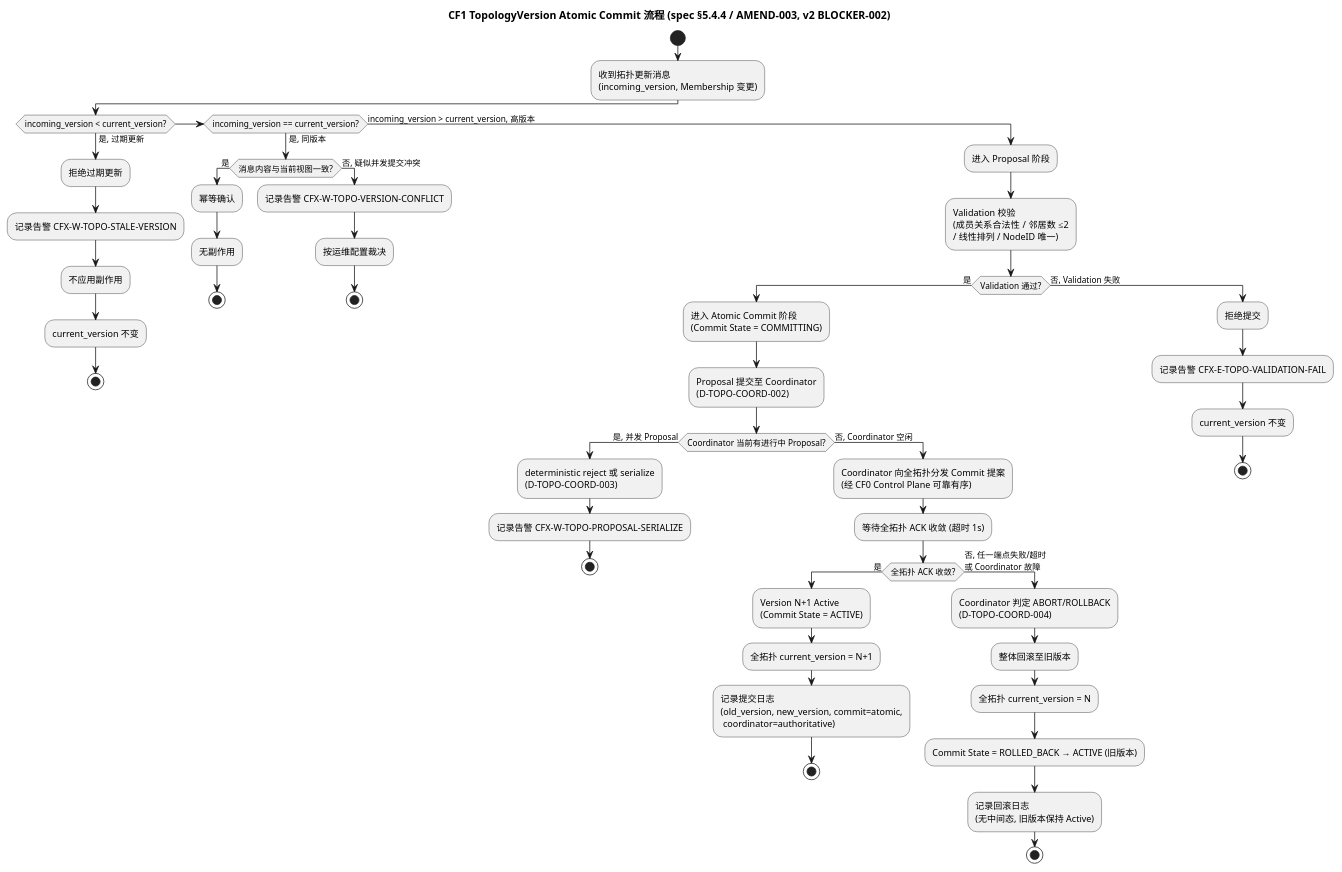
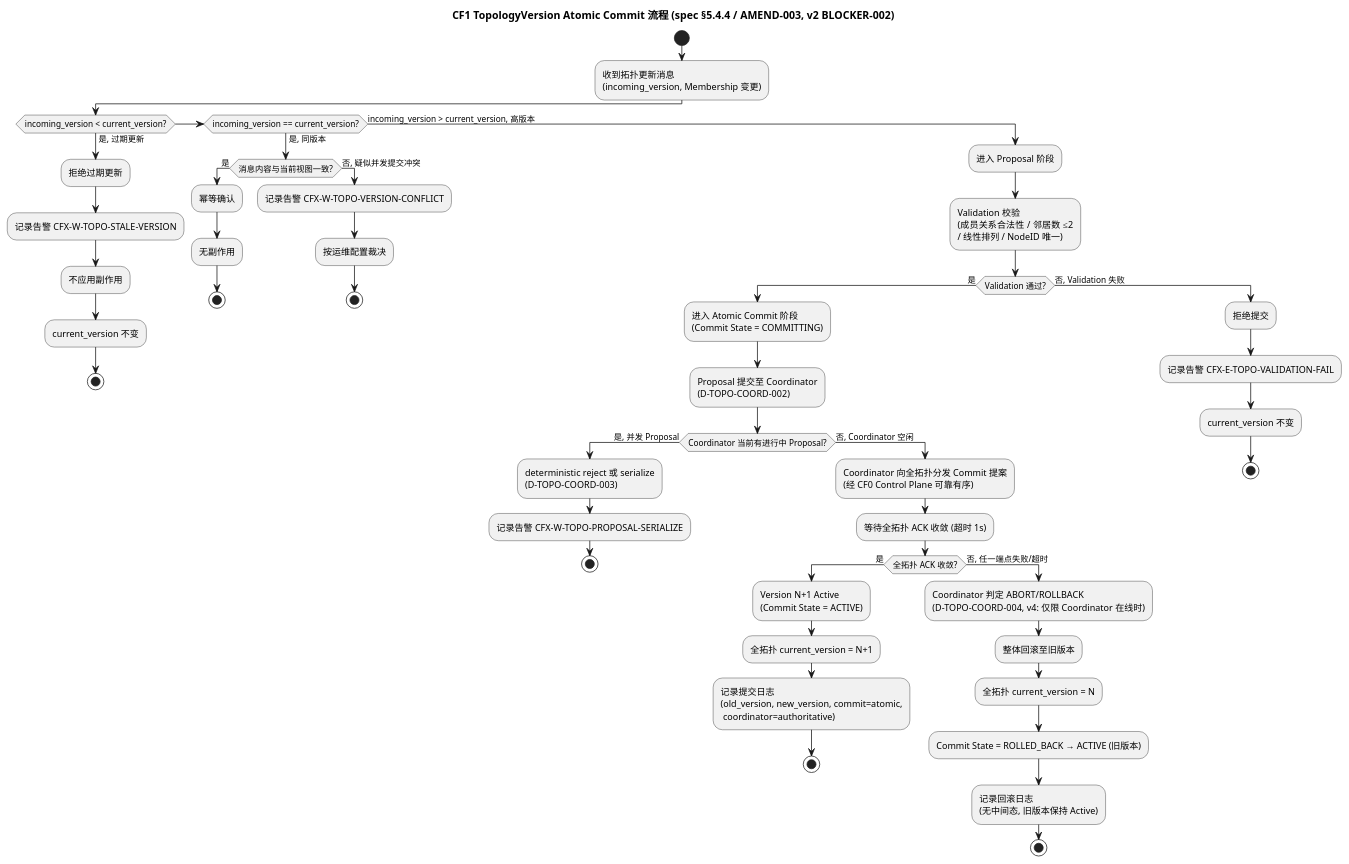
One commit to wujupeng/CrossFlow-X changed the fourth of 7 diagrams in docs/cf1_endpoint_disc/design.md. Above: the diagram before and after it, drawn with PlantUML. The commit also changed other lines of this file, not shown here.

````diff
--- a/docs/cf1_endpoint_disc/design.md
+++ b/docs/cf1_endpoint_disc/design.md
@@ -692,61 +703,61 @@
 ```plantuml
 @startuml
 title CF1 TopologyVersion Atomic Commit 流程 (spec §5.4.4 / AMEND-003, v2 BLOCKER-002)
 
 start
 :收到拓扑更新消息\n(incoming_version, Membership 变更);
 
 if (incoming_version < current_version?) then (是, 过期更新)
   :拒绝过期更新;
   :记录告警 CFX-W-TOPO-STALE-VERSION;
   :不应用副作用;
   :current_version 不变;
   stop
 elseif (incoming_version == current_version?) then (是, 同版本)
   if (消息内容与当前视图一致?) then (是)
     :幂等确认;
     :无副作用;
     stop
   else (否, 疑似并发提交冲突)
     :记录告警 CFX-W-TOPO-VERSION-CONFLICT;
     :按运维配置裁决;
     stop
   endif
 else (incoming_version > current_version, 高版本)
   :进入 Proposal 阶段;
   :Validation 校验\n(成员关系合法性 / 邻居数 ≤2\n/ 线性排列 / NodeID 唯一);
   if (Validation 通过?) then (是)
     :进入 Atomic Commit 阶段\n(Commit State = COMMITTING);
 
     ' === v2 BLOCKER-002: Topology Commit Authority 单协调者模型 ===
     :Proposal 提交至 Coordinator\n(D-TOPO-COORD-002);
     if (Coordinator 当前有进行中 Proposal?) then (是, 并发 Proposal)
       :deterministic reject 或 serialize\n(D-TOPO-COORD-003);
       :记录告警 CFX-W-TOPO-PROPOSAL-SERIALIZE;
       stop
     else (否, Coordinator 空闲)
       :Coordinator 向全拓扑分发 Commit 提案\n(经 CF0 Control Plane 可靠有序);
       :等待全拓扑 ACK 收敛 (超时 1s);
       if (全拓扑 ACK 收敛?) then (是)
         :Version N+1 Active\n(Commit State = ACTIVE);
         :全拓扑 current_version = N+1;
         :记录提交日志\n(old_version, new_version, commit=atomic,\n coordinator=authoritative);
         stop
-      else (否, 任一端点失败/超时\n或 Coordinator 故障)
-        :Coordinator 判定 ABORT/ROLLBACK\n(D-TOPO-COORD-004);
+      else (否, 任一端点失败/超时)
+        :Coordinator 判定 ABORT/ROLLBACK\n(D-TOPO-COORD-004, v4: 仅限 Coordinator 在线时);
         :整体回滚至旧版本;
         :全拓扑 current_version = N;
         :Commit State = ROLLED_BACK → ACTIVE (旧版本);
         :记录回滚日志\n(无中间态, 旧版本保持 Active);
         stop
       endif
     endif
   else (否, Validation 失败)
     :拒绝提交;
     :记录告警 CFX-E-TOPO-VALIDATION-FAIL;
     :current_version 不变;
     stop
   endif
 endif
 @enduml
 ```
````
